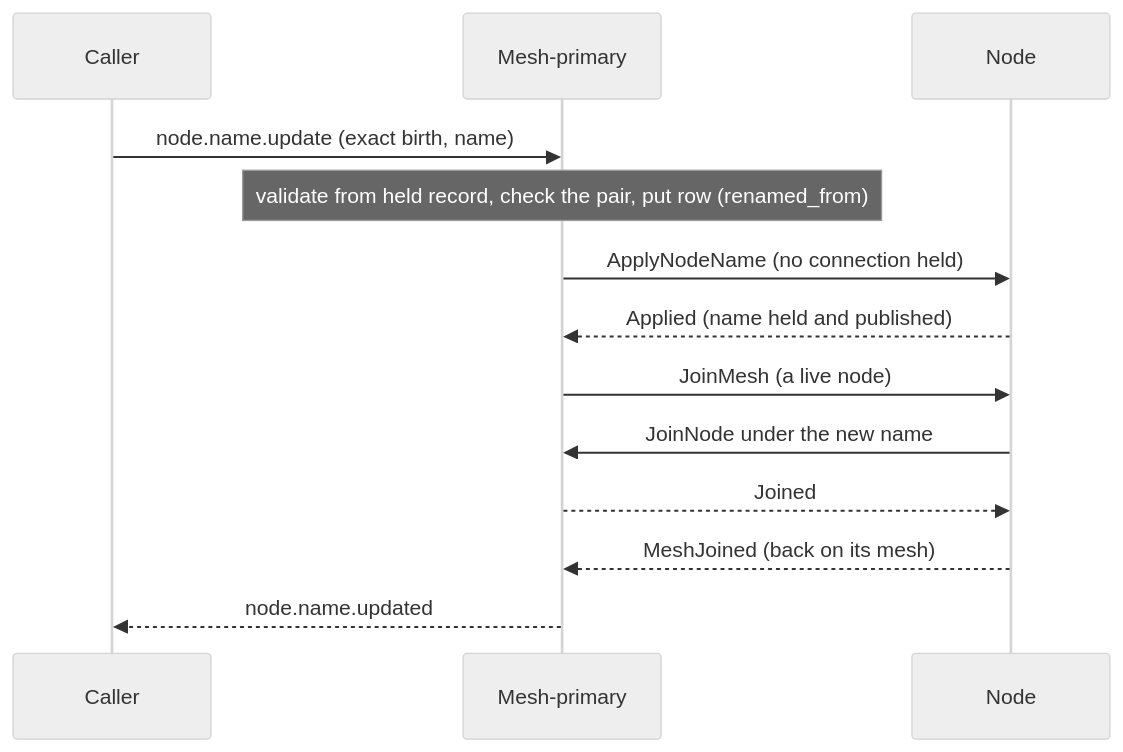
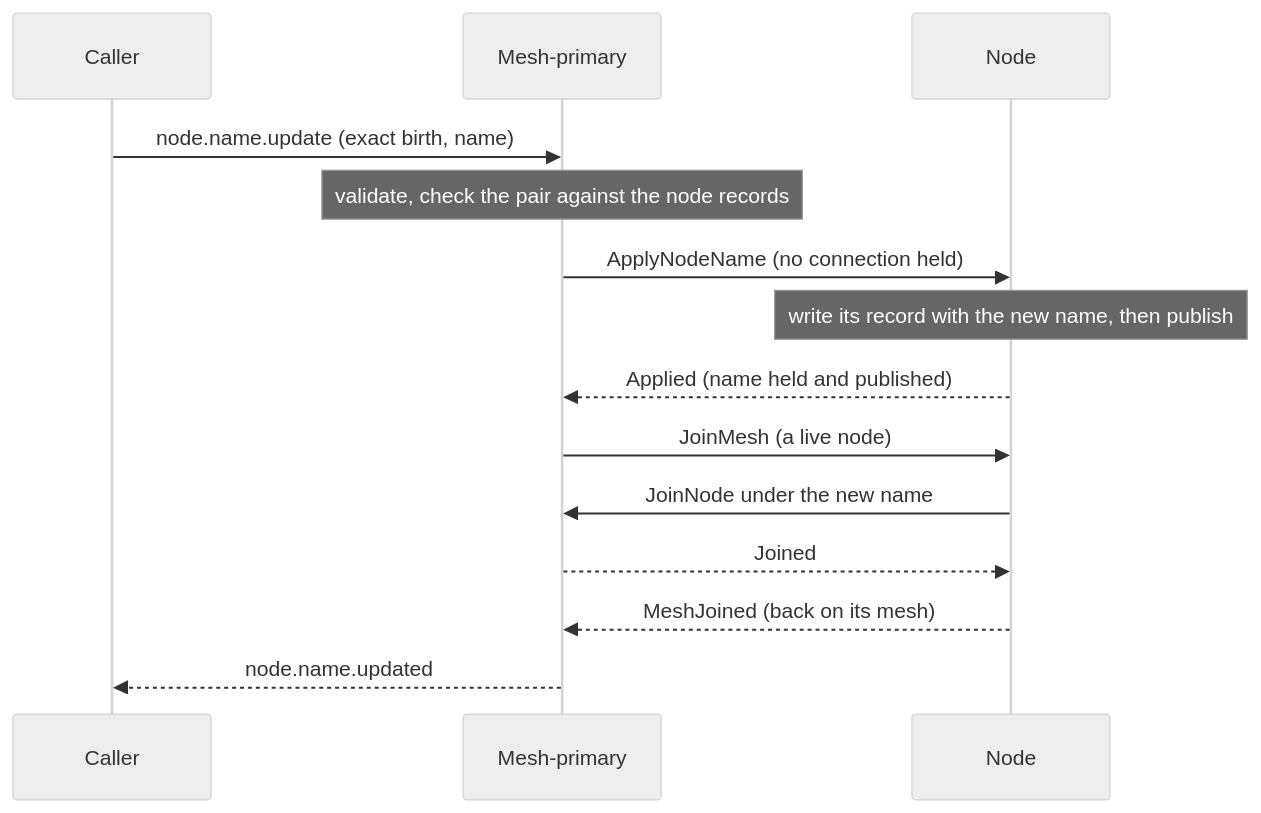
One commit to drlukeangel/rust-distributed-mesh changed the diagram in docs/architecture/lifecycles/node-name-update.md. Above: the diagram before and after it, drawn with Mermaid (neutral theme). The commit also changed other lines of this file and 14 other files, not shown here.

Commit message:
docs(rdm#326, Q366, Q356): the page text of inbox 0003 and 0005: each node writes its own record

````diff
--- a/docs/architecture/lifecycles/node-name-update.md
+++ b/docs/architecture/lifecycles/node-name-update.md
@@ -72,15 +66,16 @@
 ```mermaid
 sequenceDiagram
     participant C as Caller
     participant M as Mesh-primary
     participant N as Node
     C->>M: node.name.update (exact birth, name)
-    Note over M: validate from held record, check the pair, put row (renamed_from)
+    Note over M: validate, check the pair against the node records
     M->>N: ApplyNodeName (no connection held)
+    Note over N: write its record with the new name, then publish
     N-->>M: Applied (name held and published)
     M->>N: JoinMesh (a live node)
     N->>M: JoinNode under the new name
     M-->>N: Joined
     N-->>M: MeshJoined (back on its mesh)
     M-->>C: node.name.updated
 ```
````
